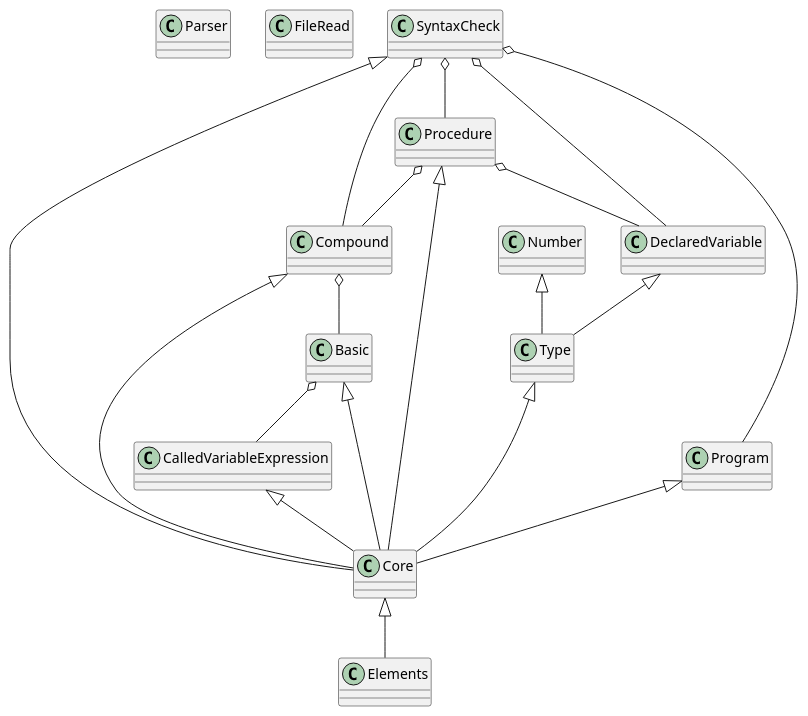
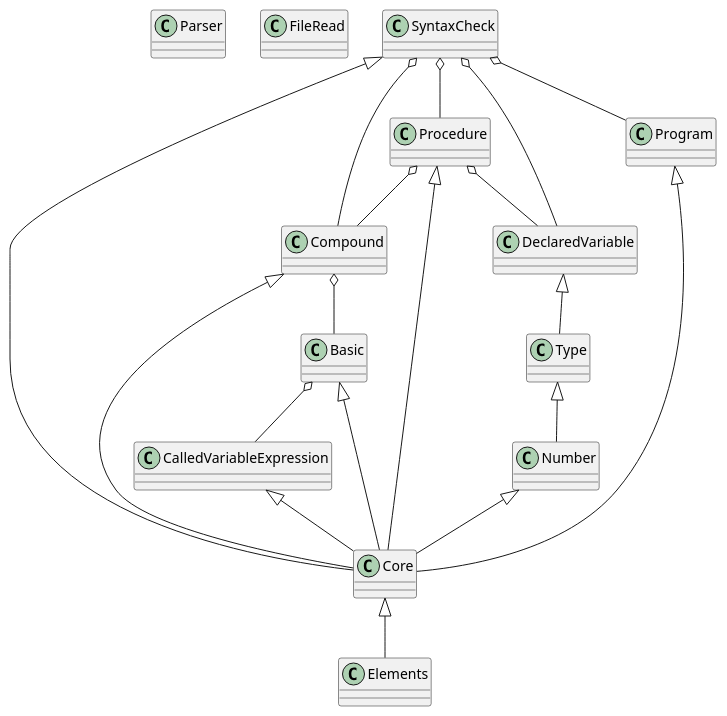
Before and after one commit to Cain96/enshud: the diagram in out/production/main/enshud/s2/parser/Parser.puml, drawn with PlantUML. The commit also changed 18 other files, not shown here.

```diff
--- a/out/production/main/enshud/s2/parser/Parser.puml
+++ b/out/production/main/enshud/s2/parser/Parser.puml
@@ -1,68 +1,68 @@
 @startuml
 
 class Parser {
 }
 
 class FileRead {
 }
 
 class SyntaxCheck {
 }
 
 class Core {
 }
 
 class Number {
 }
-
+                    
 class Type {
 }
 
 class Elements {
 }
 
 class Basic {
 }
 
 class CalledVariableExpression {
 }
 
 class Compound {
 }
 
 class DeclaredVariable {
 }
 
 class Procedure {
 }
 
 class Program {
 }
 
-Number  <|-- Type
-Type <|-- Core
+Type  <|-- Number
+Number <|-- Core
 Core <|-- Elements
 
 Basic <|-- Core
 Basic o-- CalledVariableExpression
 
 CalledVariableExpression <|-- Core
 
 Compound <|-- Core
 Compound o-- Basic
 
 DeclaredVariable <|-- Type
 
 Procedure <|-- Core
 Procedure o-- Compound
 Procedure o-- DeclaredVariable
 
 Program <|-- Core
 
 SyntaxCheck <|-- Core
 SyntaxCheck o-- Program
 SyntaxCheck o-- Procedure
 SyntaxCheck o-- DeclaredVariable
 SyntaxCheck o-- Compound
 
 @enduml
```
